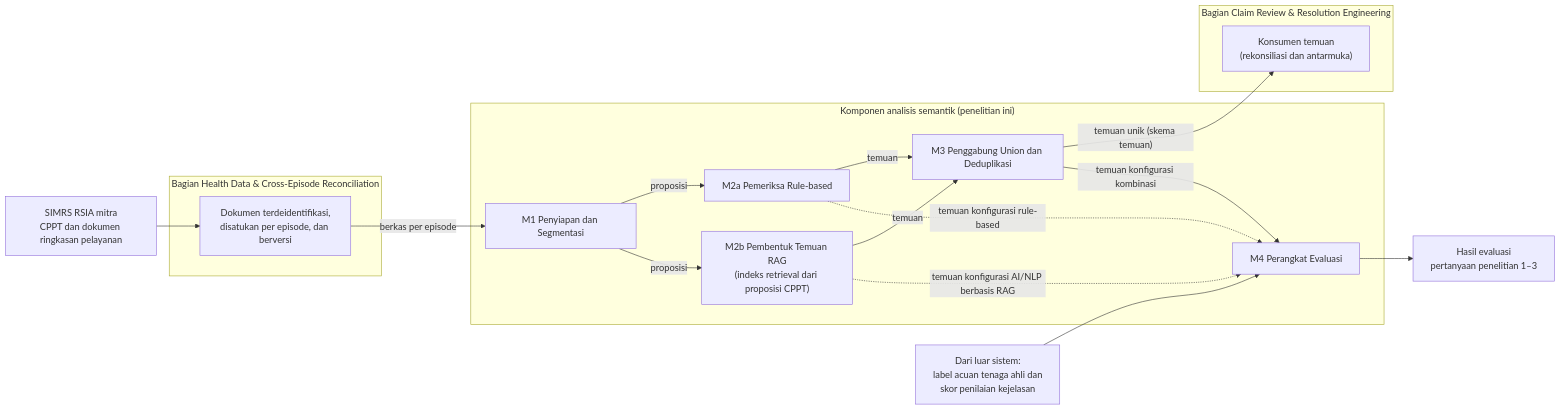
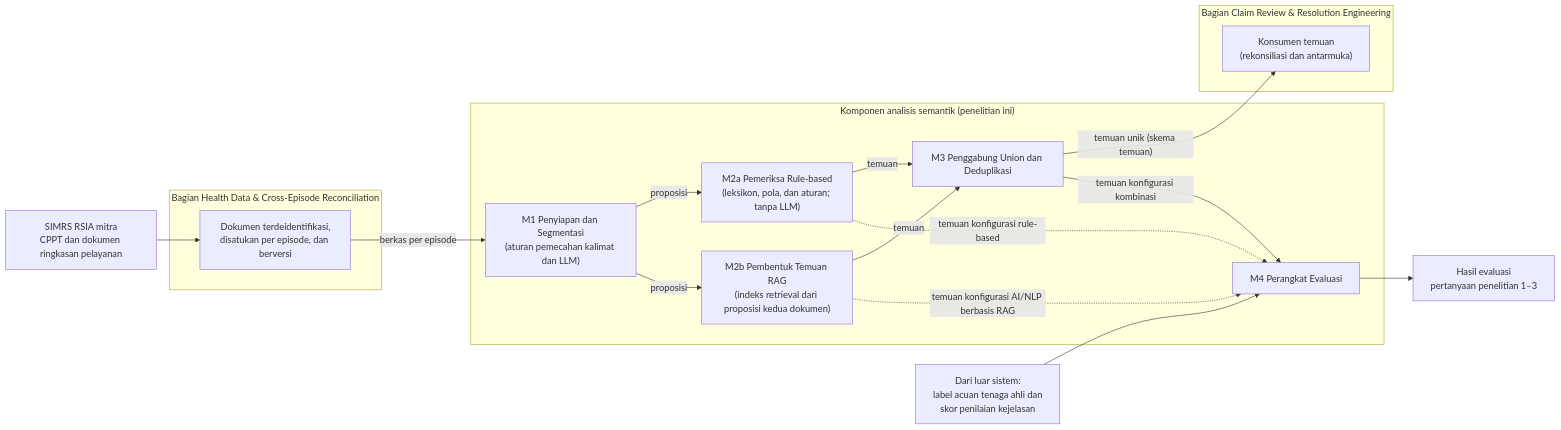
Before and after one commit to danenftyessir/project-proposal: the diagram in bab3/Bab_III_Draft.md, drawn with Mermaid. The commit also changed other lines of this file and 6 other files, not shown here.

````diff
--- a/bab3/Bab_III_Draft.md
+++ b/bab3/Bab_III_Draft.md
@@ -96,31 +102,31 @@
 ```mermaid
 flowchart LR
   SIMRS["SIMRS RSIA mitra<br/>CPPT dan dokumen ringkasan pelayanan"]
   subgraph HD["Bagian Health Data & Cross-Episode Reconciliation"]
     HD1["Dokumen terdeidentifikasi,<br/>disatukan per episode, dan berversi"]
   end
   subgraph AS["Komponen analisis semantik (penelitian ini)"]
-    M1["M1 Penyiapan dan Segmentasi"]
-    M2a["M2a Pemeriksa Rule-based"]
-    M2b["M2b Pembentuk Temuan RAG<br/>(indeks retrieval dari proposisi CPPT)"]
+    M1["M1 Penyiapan dan Segmentasi<br/>(aturan pemecahan kalimat dan LLM)"]
+    M2a["M2a Pemeriksa Rule-based<br/>(leksikon, pola, dan aturan; tanpa LLM)"]
+    M2b["M2b Pembentuk Temuan RAG<br/>(indeks retrieval dari proposisi kedua dokumen)"]
     M3["M3 Penggabung Union dan Deduplikasi"]
     M4["M4 Perangkat Evaluasi"]
   end
   subgraph CR["Bagian Claim Review & Resolution Engineering"]
     CR1["Konsumen temuan<br/>(rekonsiliasi dan antarmuka)"]
   end
   EXT["Dari luar sistem:<br/>label acuan tenaga ahli dan<br/>skor penilaian kejelasan"]
   OUT["Hasil evaluasi<br/>pertanyaan penelitian 1–3"]
   SIMRS --> HD1
   HD1 -- "berkas per episode" --> M1
   M1 -- "proposisi" --> M2a
   M1 -- "proposisi" --> M2b
   M2a -- "temuan" --> M3
   M2b -- "temuan" --> M3
   M3 -- "temuan unik (skema temuan)" --> CR1
   M2a -. "temuan konfigurasi rule-based" .-> M4
   M2b -. "temuan konfigurasi AI/NLP berbasis RAG" .-> M4
   M3 -- "temuan konfigurasi kombinasi" --> M4
   EXT --> M4
   M4 --> OUT
 ```
````
